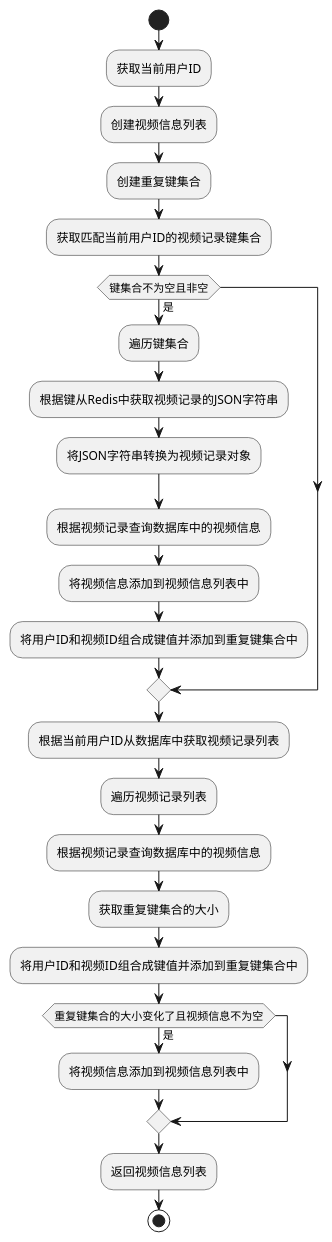
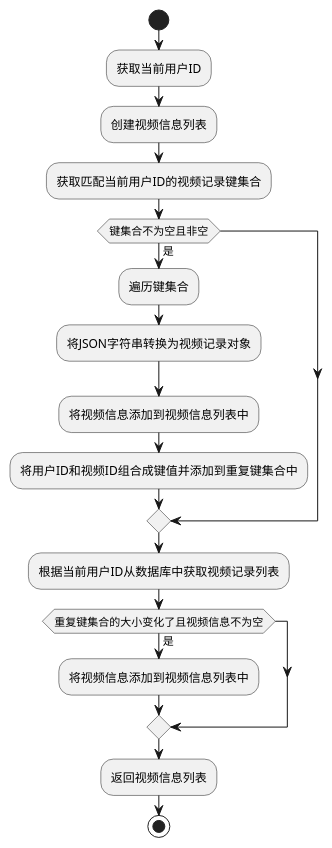
The diagram in sql/9-2.puml (yin-git-hub/expecto-patronum), drawn with PlantUML before and after one commit. The commit also changed 3 other files, not shown here.

```diff
--- a/sql/9-2.puml
+++ b/sql/9-2.puml
@@ -1,29 +1,22 @@
 @startuml
 
 start
 
 :获取当前用户ID;
 :创建视频信息列表;
-:创建重复键集合;
 :获取匹配当前用户ID的视频记录键集合;
 if (键集合不为空且非空) then (是)
     :遍历键集合;
-    :根据键从Redis中获取视频记录的JSON字符串;
     :将JSON字符串转换为视频记录对象;
-    :根据视频记录查询数据库中的视频信息;
     :将视频信息添加到视频信息列表中;
     :将用户ID和视频ID组合成键值并添加到重复键集合中;
 endif
-:根据当前用户ID从数据库中获取视频记录列表;
-:遍历视频记录列表;
-:根据视频记录查询数据库中的视频信息;
-:获取重复键集合的大小;
-:将用户ID和视频ID组合成键值并添加到重复键集合中;
+:根据当前用户ID从数据库中获取视频记录列表;   
 if (重复键集合的大小变化了且视频信息不为空) then (是)
     :将视频信息添加到视频信息列表中;
 endif
 :返回视频信息列表;
 
 stop
 
 @enduml
```
